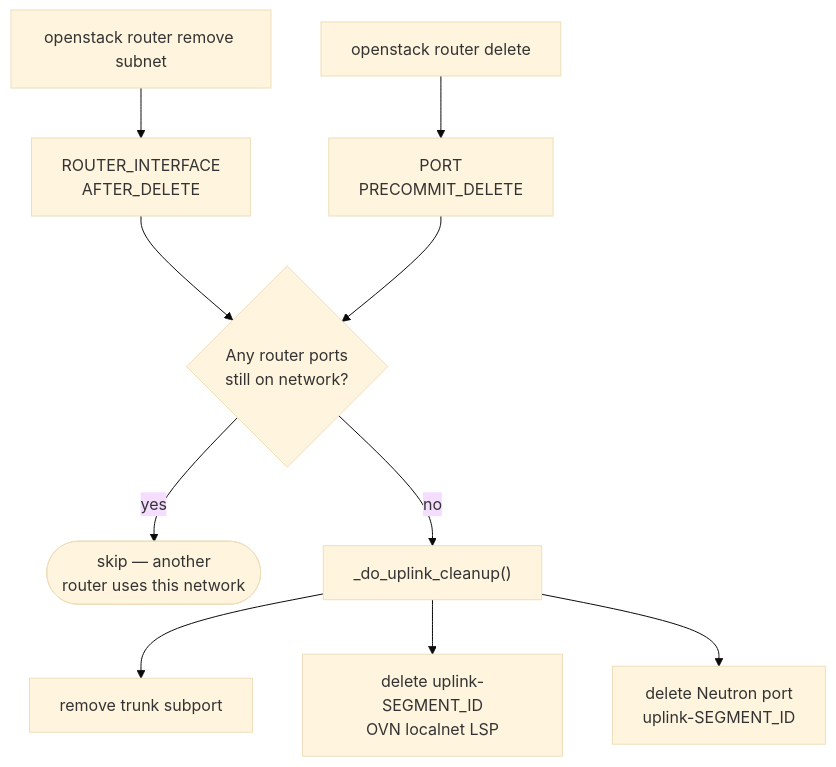
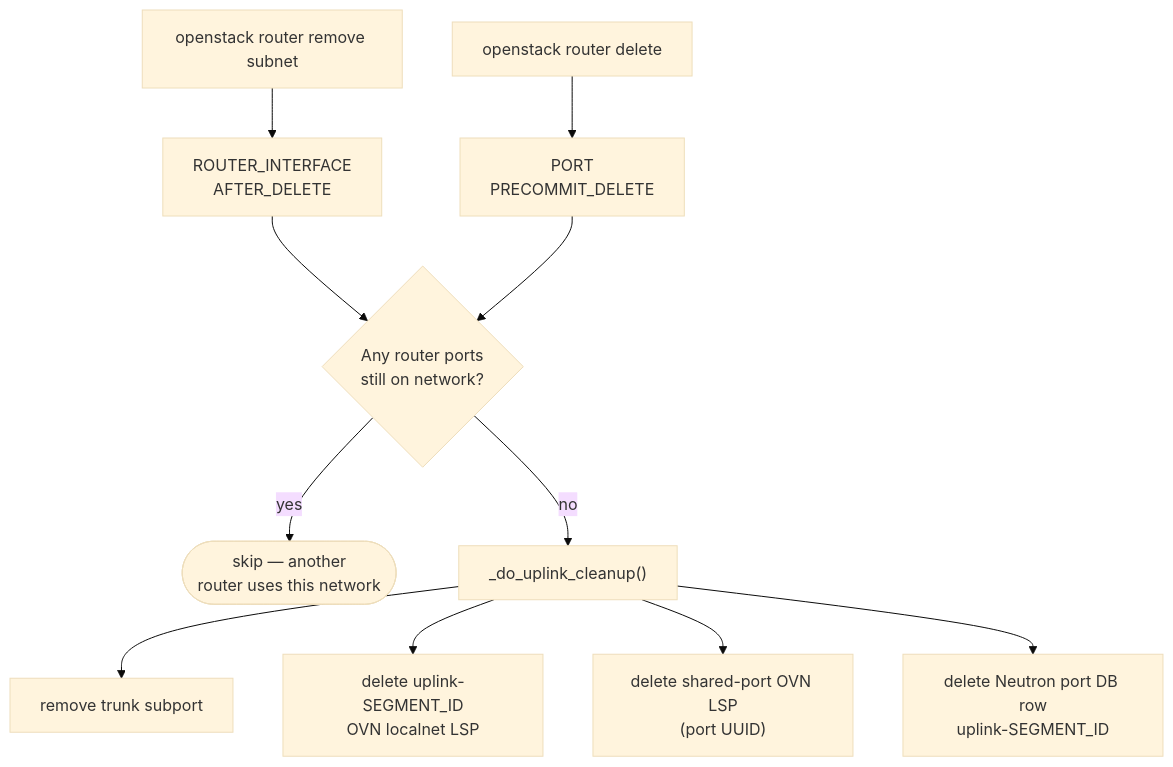
Before and after one commit to rackerlabs/understack: the fourth of 4 diagrams in docs/design-guide/neutron-networking.md, drawn with Mermaid (base theme). The commit also changed other lines of this file, not shown here.

First line of the commit message:
docs(neutron): update uplink port description and cleanup flowchart

````diff
--- a/docs/design-guide/neutron-networking.md
+++ b/docs/design-guide/neutron-networking.md
@@ -541,12 +549,13 @@
 ```mermaid
 flowchart TD
     A["openstack router remove subnet"] --> B["ROUTER_INTERFACE<br/>AFTER_DELETE"]
     C["openstack router delete"] --> D["PORT<br/>PRECOMMIT_DELETE"]
     B --> E{Any router ports<br/>still on network?}
     D --> E
     E -- yes --> F([skip — another<br/>router uses this network])
     E -- no --> G["_do_uplink_cleanup()"]
     G --> H["remove trunk subport"]
     G --> I["delete uplink-SEGMENT_ID<br/>OVN localnet LSP"]
-    G --> J["delete Neutron port<br/>uplink-SEGMENT_ID"]
+    G --> I2["delete shared-port OVN LSP<br/>(port UUID)"]
+    G --> J["delete Neutron port DB row<br/>uplink-SEGMENT_ID"]
 ```
````
